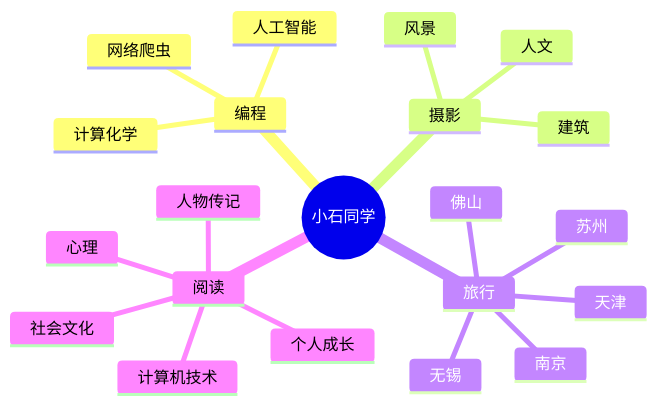
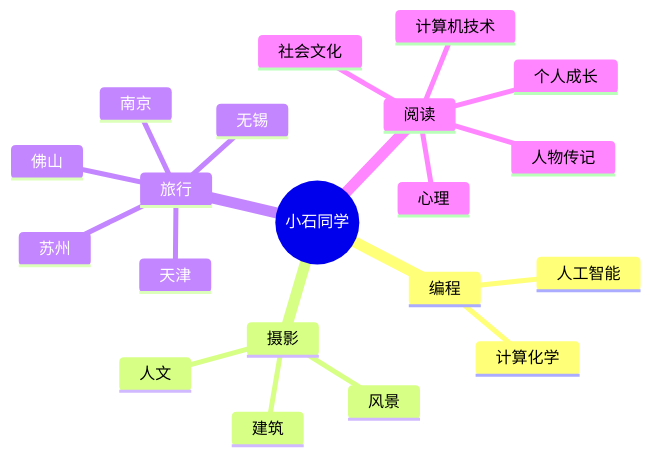
The diagram in README.md (Darker1095/Darker1095), drawn with Mermaid before and after one commit. The commit also changed other lines of this file, not shown here.

````diff
--- a/README.md
+++ b/README.md
@@ -170,24 +147,23 @@
 ```mermaid
 mindmap
   root((小石同学))
     编程
       计算化学
-      网络爬虫
       人工智能
     摄影
       人文
       建筑
       风景
     旅行
       苏州
       南京
       天津
       佛山
       无锡
     阅读
       人物传记
       个人成长
       社会文化
       心理
       计算机技术
 ```
````
